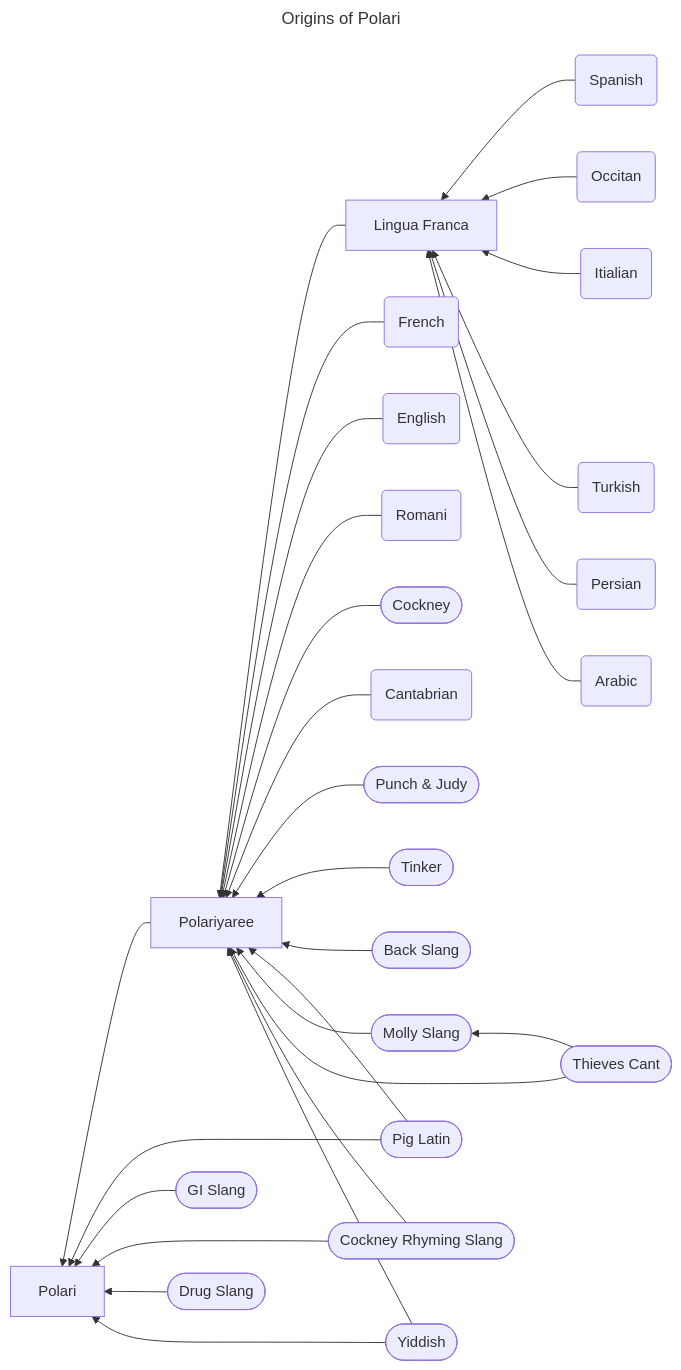
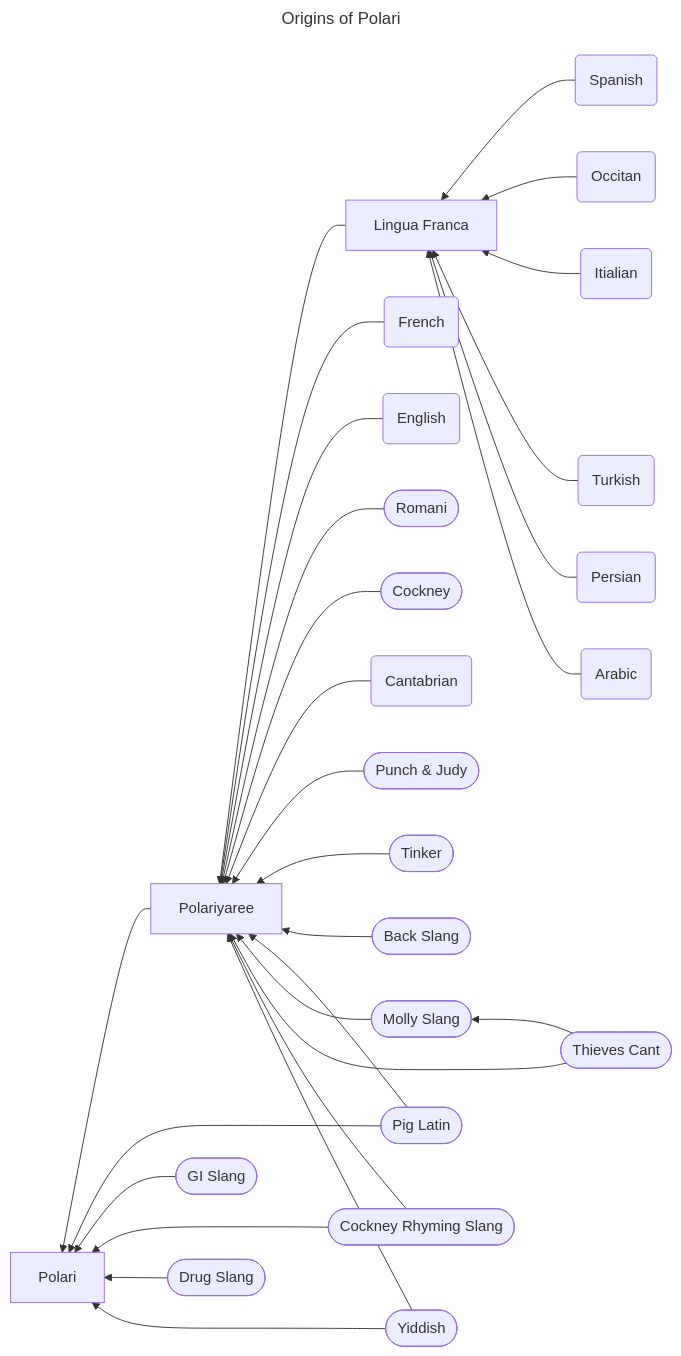
Before and after one commit to BigIan1969/polari: the diagram in chapter05.md, drawn with Mermaid. The commit also changed other lines of this file, not shown here.

````diff
--- a/chapter05.md
+++ b/chapter05.md
@@ -19,58 +19,58 @@
 ```mermaid
 ---
 title: Origins of Polari
 ---
 flowchart RL
 
 A[Polari]
 B[Polariyaree]
 C[Lingua Franca]
 D(French)
 E(English)
-F(Romani)
+F([Romani])
 G([Cockney])
 H(Cantabrian)
 I([Punch & Judy])
 J([Tinker])
 K([Molly Slang])
 L([Thieves Cant])
 M(Spanish)
 N(Occitan)
 O(Itialian)
 P(Turkish)
 Q(Arabic)
 X(Persian)
 R([GI Slang])
 S([Drug Slang])
 T([Cockney Rhyming Slang])
 U([Yiddish])
 V([Pig Latin])
 W([Back Slang])
 B --> A
 C --> B
 D --> B
 E --> B
 F --> B
 G --> B
 H --> B
 I --> B
 J --> B
 W --> B
 V --> A
 V --> B
 K --> B
 L --> B
 L --> K
 M --> C
 N --> C
 O --> C
 P --> C
 X --> C
 Q --> C
 R --> A
 T --> A
 S --> A
 T --> B
 U --> A
 U --> B
 ```
````
